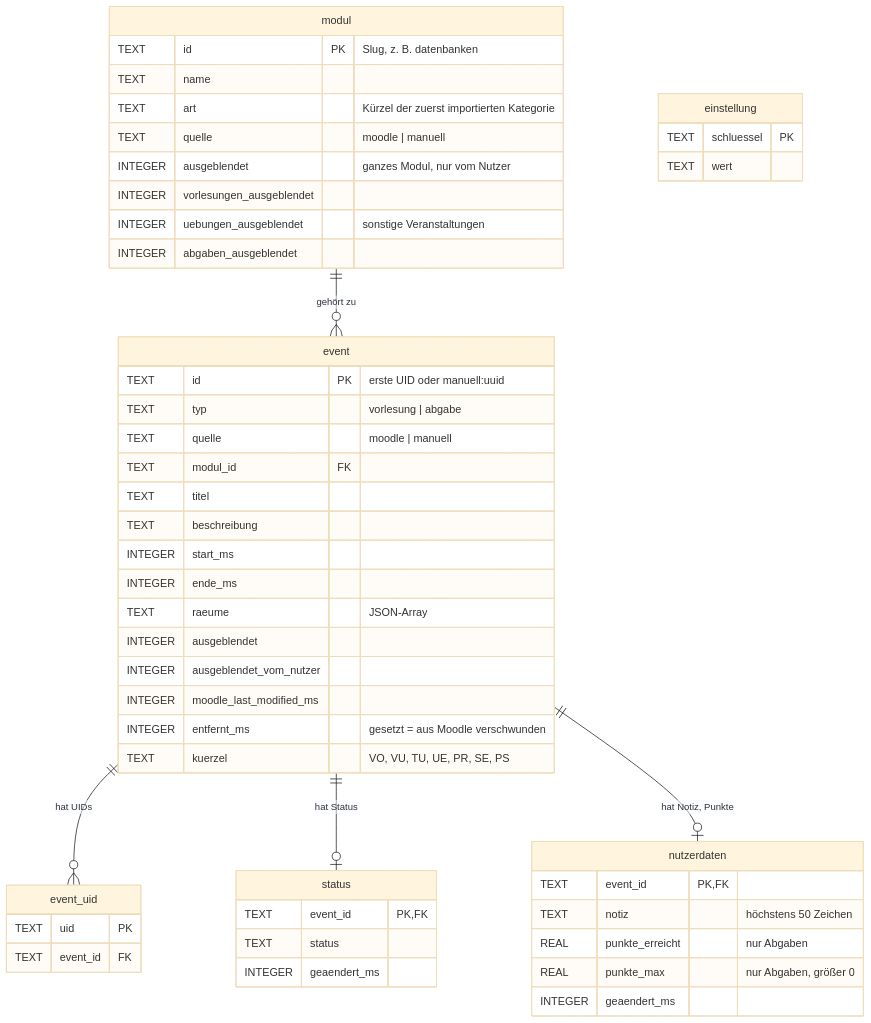
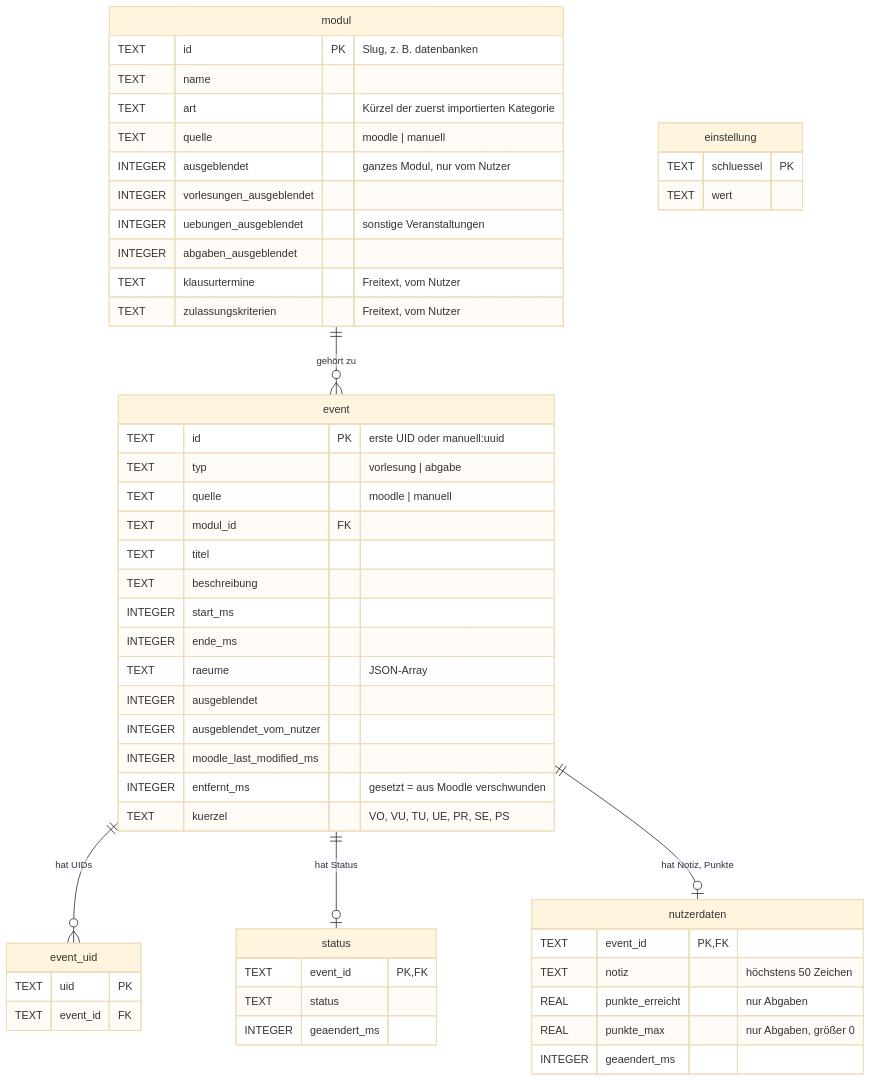
One commit to EreDem/UniPlanner changed the first of 4 diagrams in uni-planer/docs/datenmodell.md. Above: the diagram before and after it, drawn with Mermaid (base theme). The commit also changed other lines of this file and 19 other files, not shown here.

````diff
--- a/uni-planer/docs/datenmodell.md
+++ b/uni-planer/docs/datenmodell.md
@@ -7,54 +7,56 @@
 ```mermaid
 erDiagram
     modul ||--o{ event : "gehört zu"
     event ||--o{ event_uid : "hat UIDs"
     event ||--o| status : "hat Status"
     event ||--o| nutzerdaten : "hat Notiz, Punkte"
 
     modul {
         TEXT id PK "Slug, z. B. datenbanken"
         TEXT name
         TEXT art "Kürzel der zuerst importierten Kategorie"
         TEXT quelle "moodle | manuell"
         INTEGER ausgeblendet "ganzes Modul, nur vom Nutzer"
         INTEGER vorlesungen_ausgeblendet
         INTEGER uebungen_ausgeblendet "sonstige Veranstaltungen"
         INTEGER abgaben_ausgeblendet
+        TEXT klausurtermine "Freitext, vom Nutzer"
+        TEXT zulassungskriterien "Freitext, vom Nutzer"
     }
     event {
         TEXT id PK "erste UID oder manuell:uuid"
         TEXT typ "vorlesung | abgabe"
         TEXT quelle "moodle | manuell"
         TEXT modul_id FK
         TEXT titel
         TEXT beschreibung
         INTEGER start_ms
         INTEGER ende_ms
         TEXT raeume "JSON-Array"
         INTEGER ausgeblendet
         INTEGER ausgeblendet_vom_nutzer
         INTEGER moodle_last_modified_ms
         INTEGER entfernt_ms "gesetzt = aus Moodle verschwunden"
         TEXT kuerzel "VO, VU, TU, UE, PR, SE, PS"
     }
     event_uid {
         TEXT uid PK
         TEXT event_id FK
     }
     status {
         TEXT event_id PK, FK
         TEXT status
         INTEGER geaendert_ms
     }
     nutzerdaten {
         TEXT event_id PK, FK
         TEXT notiz "höchstens 50 Zeichen"
         REAL punkte_erreicht "nur Abgaben"
         REAL punkte_max "nur Abgaben, größer 0"
         INTEGER geaendert_ms
     }
     einstellung {
         TEXT schluessel PK
         TEXT wert
     }
 ```
````
